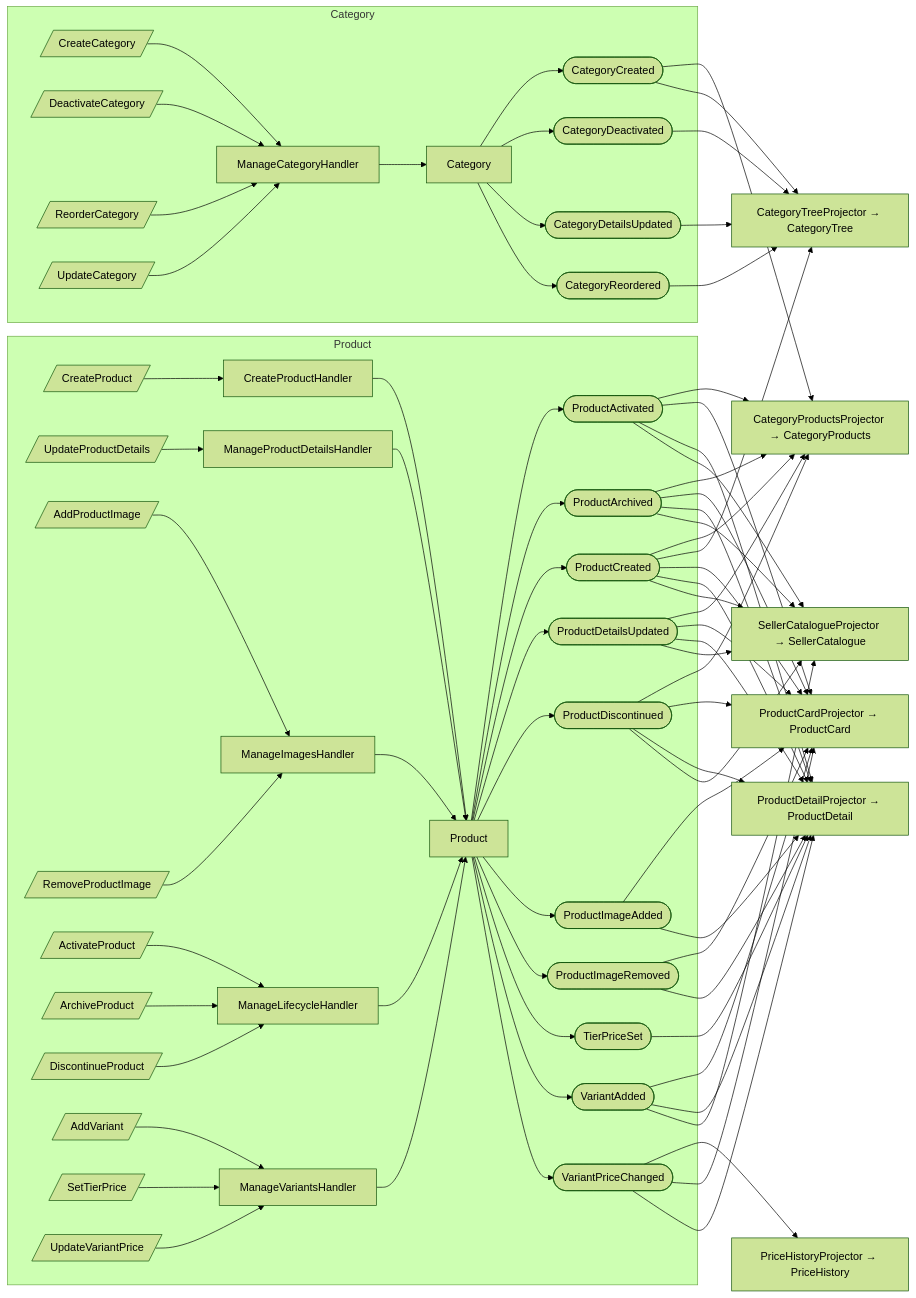
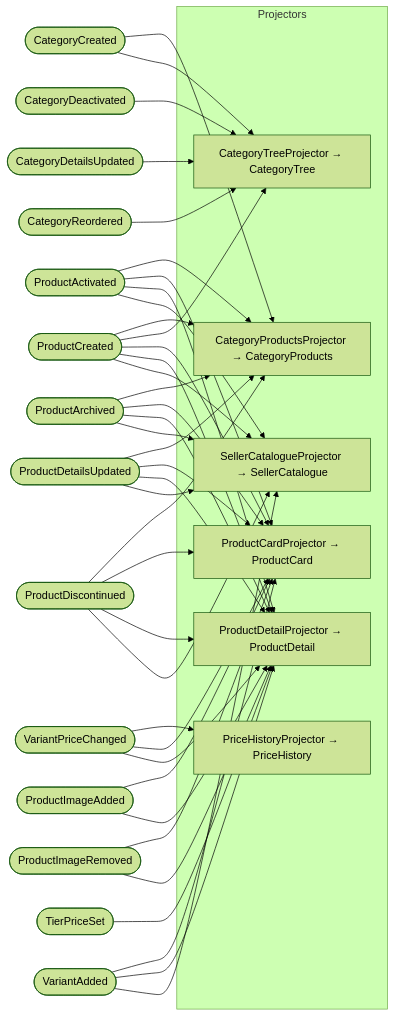
Before and after one commit to proteanhq/shopstream: the third of 3 diagrams in docs/catalogue/event-flows.md, drawn with Mermaid (forest theme). The commit also changed 24 other files, not shown here.

First line of the commit message:
Regenerate docs with improved Mermaid diagrams from upstream Protean fixes

````diff
--- a/docs/catalogue/event-flows.md
+++ b/docs/catalogue/event-flows.md
@@ -3,95 +89,39 @@
 ```mermaid
 flowchart LR
-    subgraph catalogue_category_category_Category[Category]
-        agg_catalogue_category_category_Category[Category]
-        cmd_catalogue_category_management_CreateCategory[/CreateCategory/]
-        cmd_catalogue_category_management_DeactivateCategory[/DeactivateCategory/]
-        cmd_catalogue_category_management_ReorderCategory[/ReorderCategory/]
-        cmd_catalogue_category_management_UpdateCategory[/UpdateCategory/]
-        evt_catalogue_category_events_CategoryCreated([CategoryCreated])
-        evt_catalogue_category_events_CategoryDeactivated([CategoryDeactivated])
-        evt_catalogue_category_events_CategoryDetailsUpdated([CategoryDetailsUpdated])
-        evt_catalogue_category_events_CategoryReordered([CategoryReordered])
-        hdlr_catalogue_category_management_ManageCategoryHandler[ManageCategoryHandler]
+    evt_catalogue_category_events_CategoryCreated([CategoryCreated])
+    evt_catalogue_category_events_CategoryDeactivated([CategoryDeactivated])
+    evt_catalogue_category_events_CategoryDetailsUpdated([CategoryDetailsUpdated])
+    evt_catalogue_category_events_CategoryReordered([CategoryReordered])
+    evt_catalogue_product_events_ProductActivated([ProductActivated])
+    evt_catalogue_product_events_ProductArchived([ProductArchived])
+    evt_catalogue_product_events_ProductCreated([ProductCreated])
+    evt_catalogue_product_events_ProductDetailsUpdated([ProductDetailsUpdated])
+    evt_catalogue_product_events_ProductDiscontinued([ProductDiscontinued])
+    evt_catalogue_product_events_ProductImageAdded([ProductImageAdded])
+    evt_catalogue_product_events_ProductImageRemoved([ProductImageRemoved])
+    evt_catalogue_product_events_TierPriceSet([TierPriceSet])
+    evt_catalogue_product_events_VariantAdded([VariantAdded])
+    evt_catalogue_product_events_VariantPriceChanged([VariantPriceChanged])
+    subgraph projectors["Projectors"]
+        proj_catalogue_projections_category_products_CategoryProductsProjector[CategoryProductsProjector → CategoryProducts]
+        proj_catalogue_projections_category_tree_CategoryTreeProjector[CategoryTreeProjector → CategoryTree]
+        proj_catalogue_projections_price_history_PriceHistoryProjector[PriceHistoryProjector → PriceHistory]
+        proj_catalogue_projections_product_card_ProductCardProjector[ProductCardProjector → ProductCard]
+        proj_catalogue_projections_product_detail_ProductDetailProjector[ProductDetailProjector → ProductDetail]
+        proj_catalogue_projections_seller_catalogue_SellerCatalogueProjector[SellerCatalogueProjector → SellerCatalogue]
     end
-    subgraph catalogue_product_product_Product[Product]
-        agg_catalogue_product_product_Product[Product]
-        cmd_catalogue_product_creation_CreateProduct[/CreateProduct/]
-        cmd_catalogue_product_details_UpdateProductDetails[/UpdateProductDetails/]
-        cmd_catalogue_product_images_AddProductImage[/AddProductImage/]
-        cmd_catalogue_product_images_RemoveProductImage[/RemoveProductImage/]
-        cmd_catalogue_product_lifecycle_ActivateProduct[/ActivateProduct/]
-        cmd_catalogue_product_lifecycle_ArchiveProduct[/ArchiveProduct/]
-        cmd_catalogue_product_lifecycle_DiscontinueProduct[/DiscontinueProduct/]
-        cmd_catalogue_product_variants_AddVariant[/AddVariant/]
-        cmd_catalogue_product_variants_SetTierPrice[/SetTierPrice/]
-        cmd_catalogue_product_variants_UpdateVariantPrice[/UpdateVariantPrice/]
-        evt_catalogue_product_events_ProductActivated([ProductActivated])
-        evt_catalogue_product_events_ProductArchived([ProductArchived])
-        evt_catalogue_product_events_ProductCreated([ProductCreated])
-        evt_catalogue_product_events_ProductDetailsUpdated([ProductDetailsUpdated])
-        evt_catalogue_product_events_ProductDiscontinued([ProductDiscontinued])
-        evt_catalogue_product_events_ProductImageAdded([ProductImageAdded])
-        evt_catalogue_product_events_ProductImageRemoved([ProductImageRemoved])
-        evt_catalogue_product_events_TierPriceSet([TierPriceSet])
-        evt_catalogue_product_events_VariantAdded([VariantAdded])
-        evt_catalogue_product_events_VariantPriceChanged([VariantPriceChanged])
-        hdlr_catalogue_product_creation_CreateProductHandler[CreateProductHandler]
-        hdlr_catalogue_product_details_ManageProductDetailsHandler[ManageProductDetailsHandler]
-        hdlr_catalogue_product_images_ManageImagesHandler[ManageImagesHandler]
-        hdlr_catalogue_product_lifecycle_ManageLifecycleHandler[ManageLifecycleHandler]
-        hdlr_catalogue_product_variants_ManageVariantsHandler[ManageVariantsHandler]
-    end
-    cmd_catalogue_category_management_CreateCategory --> hdlr_catalogue_category_management_ManageCategoryHandler
-    cmd_catalogue_category_management_DeactivateCategory --> hdlr_catalogue_category_management_ManageCategoryHandler
-    cmd_catalogue_category_management_ReorderCategory --> hdlr_catalogue_category_management_ManageCategoryHandler
-    cmd_catalogue_category_management_UpdateCategory --> hdlr_catalogue_category_management_ManageCategoryHandler
-    hdlr_catalogue_category_management_ManageCategoryHandler --> agg_catalogue_category_category_Category
-    agg_catalogue_category_category_Category --> evt_catalogue_category_events_CategoryCreated
-    agg_catalogue_category_category_Category --> evt_catalogue_category_events_CategoryDeactivated
-    agg_catalogue_category_category_Category --> evt_catalogue_category_events_CategoryDetailsUpdated
-    agg_catalogue_category_category_Category --> evt_catalogue_category_events_CategoryReordered
-    cmd_catalogue_product_creation_CreateProduct --> hdlr_catalogue_product_creation_CreateProductHandler
-    hdlr_catalogue_product_creation_CreateProductHandler --> agg_catalogue_product_product_Product
-    cmd_catalogue_product_details_UpdateProductDetails --> hdlr_catalogue_product_details_ManageProductDetailsHandler
-    hdlr_catalogue_product_details_ManageProductDetailsHandler --> agg_catalogue_product_product_Product
-    cmd_catalogue_product_images_AddProductImage --> hdlr_catalogue_product_images_ManageImagesHandler
-    cmd_catalogue_product_images_RemoveProductImage --> hdlr_catalogue_product_images_ManageImagesHandler
-    hdlr_catalogue_product_images_ManageImagesHandler --> agg_catalogue_product_product_Product
-    cmd_catalogue_product_lifecycle_ActivateProduct --> hdlr_catalogue_product_lifecycle_ManageLifecycleHandler
-    cmd_catalogue_product_lifecycle_ArchiveProduct --> hdlr_catalogue_product_lifecycle_ManageLifecycleHandler
-    cmd_catalogue_product_lifecycle_DiscontinueProduct --> hdlr_catalogue_product_lifecycle_ManageLifecycleHandler
-    hdlr_catalogue_product_lifecycle_ManageLifecycleHandler --> agg_catalogue_product_product_Product
-    cmd_catalogue_product_variants_AddVariant --> hdlr_catalogue_product_variants_ManageVariantsHandler
-    cmd_catalogue_product_variants_SetTierPrice --> hdlr_catalogue_product_variants_ManageVariantsHandler
-    cmd_catalogue_product_variants_UpdateVariantPrice --> hdlr_catalogue_product_variants_ManageVariantsHandler
-    hdlr_catalogue_product_variants_ManageVariantsHandler --> agg_catalogue_product_product_Product
-    agg_catalogue_product_product_Product --> evt_catalogue_product_events_ProductActivated
-    agg_catalogue_product_product_Product --> evt_catalogue_product_events_ProductArchived
-    agg_catalogue_product_product_Product --> evt_catalogue_product_events_ProductCreated
-    agg_catalogue_product_product_Product --> evt_catalogue_product_events_ProductDetailsUpdated
-    agg_catalogue_product_product_Product --> evt_catalogue_product_events_ProductDiscontinued
-    agg_catalogue_product_product_Product --> evt_catalogue_product_events_ProductImageAdded
-    agg_catalogue_product_product_Product --> evt_catalogue_product_events_ProductImageRemoved
-    agg_catalogue_product_product_Product --> evt_catalogue_product_events_TierPriceSet
-    agg_catalogue_product_product_Product --> evt_catalogue_product_events_VariantAdded
-    agg_catalogue_product_product_Product --> evt_catalogue_product_events_VariantPriceChanged
-    proj_catalogue_projections_category_products_CategoryProductsProjector[CategoryProductsProjector → CategoryProducts]
     evt_catalogue_category_events_CategoryCreated --> proj_catalogue_projections_category_products_CategoryProductsProjector
     evt_catalogue_product_events_ProductActivated --> proj_catalogue_projections_category_products_CategoryProductsProjector
     evt_catalogue_product_events_ProductArchived --> proj_catalogue_projections_category_products_CategoryProductsProjector
     evt_catalogue_product_events_ProductCreated --> proj_catalogue_projections_category_products_CategoryProductsProjector
     evt_catalogue_product_events_ProductDetailsUpdated --> proj_catalogue_projections_category_products_CategoryProductsProjector
     evt_catalogue_product_events_ProductDiscontinued --> proj_catalogue_projections_category_products_CategoryProductsProjector
-    proj_catalogue_projections_category_tree_CategoryTreeProjector[CategoryTreeProjector → CategoryTree]
     evt_catalogue_category_events_CategoryCreated --> proj_catalogue_projections_category_tree_CategoryTreeProjector
     evt_catalogue_category_events_CategoryDeactivated --> proj_catalogue_projections_category_tree_CategoryTreeProjector
     evt_catalogue_category_events_CategoryDetailsUpdated --> proj_catalogue_projections_category_tree_CategoryTreeProjector
     evt_catalogue_category_events_CategoryReordered --> proj_catalogue_projections_category_tree_CategoryTreeProjector
     evt_catalogue_product_events_ProductCreated --> proj_catalogue_projections_category_tree_CategoryTreeProjector
-    proj_catalogue_projections_price_history_PriceHistoryProjector[PriceHistoryProjector → PriceHistory]
     evt_catalogue_product_events_VariantPriceChanged --> proj_catalogue_projections_price_history_PriceHistoryProjector
-    proj_catalogue_projections_product_card_ProductCardProjector[ProductCardProjector → ProductCard]
     evt_catalogue_product_events_ProductActivated --> proj_catalogue_projections_product_card_ProductCardProjector
     evt_catalogue_product_events_ProductArchived --> proj_catalogue_projections_product_card_ProductCardProjector
     evt_catalogue_product_events_ProductCreated --> proj_catalogue_projections_product_card_ProductCardProjector
@@ -101,7 +131,6 @@
     evt_catalogue_product_events_ProductImageRemoved --> proj_catalogue_projections_product_card_ProductCardProjector
     evt_catalogue_product_events_VariantAdded --> proj_catalogue_projections_product_card_ProductCardProjector
     evt_catalogue_product_events_VariantPriceChanged --> proj_catalogue_projections_product_card_ProductCardProjector
-    proj_catalogue_projections_product_detail_ProductDetailProjector[ProductDetailProjector → ProductDetail]
     evt_catalogue_product_events_ProductActivated --> proj_catalogue_projections_product_detail_ProductDetailProjector
     evt_catalogue_product_events_ProductArchived --> proj_catalogue_projections_product_detail_ProductDetailProjector
     evt_catalogue_product_events_ProductCreated --> proj_catalogue_projections_product_detail_ProductDetailProjector
@@ -112,7 +141,6 @@
     evt_catalogue_product_events_TierPriceSet --> proj_catalogue_projections_product_detail_ProductDetailProjector
     evt_catalogue_product_events_VariantAdded --> proj_catalogue_projections_product_detail_ProductDetailProjector
     evt_catalogue_product_events_VariantPriceChanged --> proj_catalogue_projections_product_detail_ProductDetailProjector
-    proj_catalogue_projections_seller_catalogue_SellerCatalogueProjector[SellerCatalogueProjector → SellerCatalogue]
     evt_catalogue_product_events_ProductActivated --> proj_catalogue_projections_seller_catalogue_SellerCatalogueProjector
     evt_catalogue_product_events_ProductArchived --> proj_catalogue_projections_seller_catalogue_SellerCatalogueProjector
     evt_catalogue_product_events_ProductCreated --> proj_catalogue_projections_seller_catalogue_SellerCatalogueProjector
````
